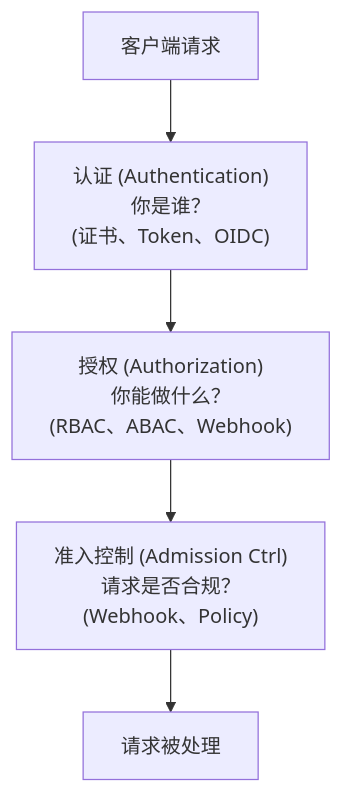
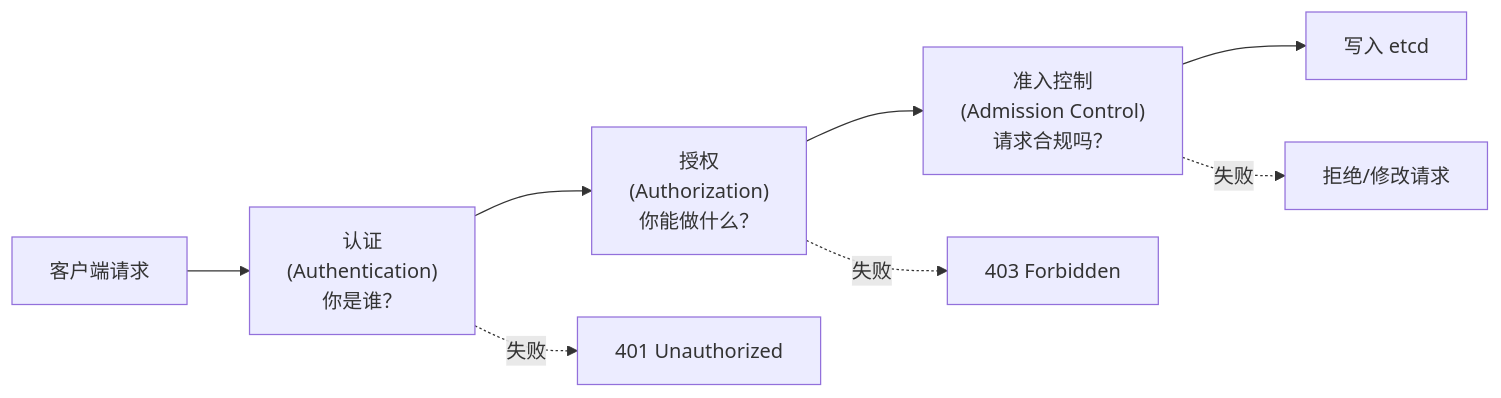
The second of 9 diagrams in content/articles/cloud-native/k8s-06-安全与RBAC.md (jpixy/jpixy.github.io), drawn with Mermaid before and after one commit. The commit also changed other lines of this file and 10 other files, not shown here.

````diff
--- a/content/articles/cloud-native/k8s-06-安全与RBAC.md
+++ b/content/articles/cloud-native/k8s-06-安全与RBAC.md
@@ -29,10 +42,11 @@
 ```mermaid
-graph TB
-    REQ[客户端请求]
-    AUTH["认证 (Authentication)<br>你是谁？<br>(证书、Token、OIDC)"]
-    AUTHZ["授权 (Authorization)<br>你能做什么？<br>(RBAC、ABAC、Webhook)"]
-    ADM["准入控制 (Admission Ctrl)<br>请求是否合规？<br>(Webhook、Policy)"]
-    PROC[请求被处理]
+graph LR
+    REQ[客户端请求] --> AUTH["认证<br>(Authentication)<br>你是谁？"]
+    AUTH --> AUTHZ["授权<br>(Authorization)<br>你能做什么？"]
+    AUTHZ --> ADM["准入控制<br>(Admission Control)<br>请求合规吗？"]
+    ADM --> STORE["写入 etcd"]
     
-    REQ --> AUTH --> AUTHZ --> ADM --> PROC
+    AUTH -.->|"失败"| R1[401 Unauthorized]
+    AUTHZ -.->|"失败"| R2[403 Forbidden]
+    ADM -.->|"失败"| R3[拒绝/修改请求]
 ```
````
